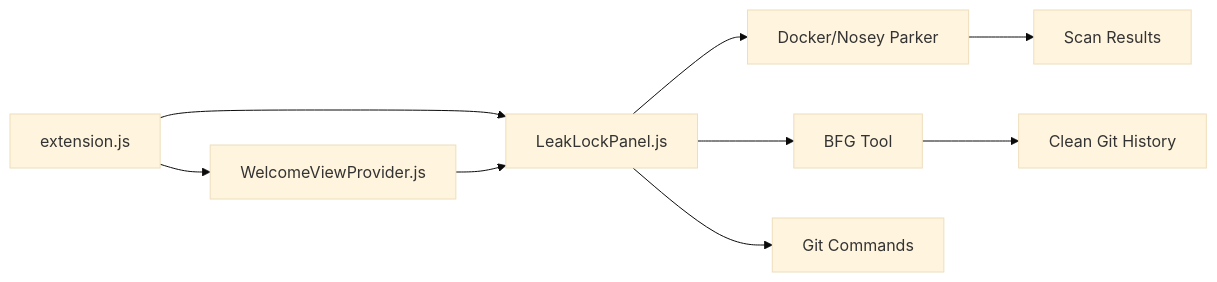
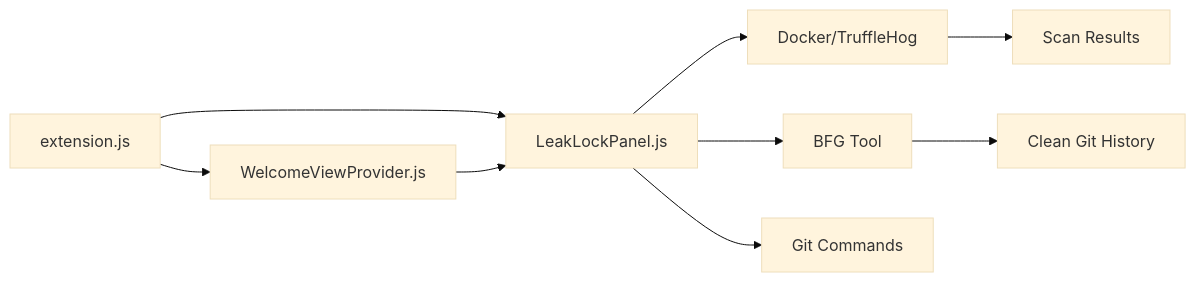
The second of 2 diagrams in docs/ARCHITECTURE.md (nikolareljin/leak-lock), drawn with Mermaid (base theme) before and after one commit. The commit also changed other lines of this file and 14 other files, not shown here.

Commit message:
feat: implementation of scanning with TruffleHog instead of Nosey Parker

````diff
--- a/docs/ARCHITECTURE.md
+++ b/docs/ARCHITECTURE.md
@@ -75,11 +76,11 @@
 ```mermaid
 graph LR
     A[extension.js] --> B[LeakLockPanel.js]
     A --> C[WelcomeViewProvider.js]
     C --> B
-    B --> D[Docker/Nosey Parker]
+    B --> D[Docker/TruffleHog]
     B --> E[BFG Tool]
     B --> F[Git Commands]
     D --> G[Scan Results]
     E --> H[Clean Git History]
 ```
````
